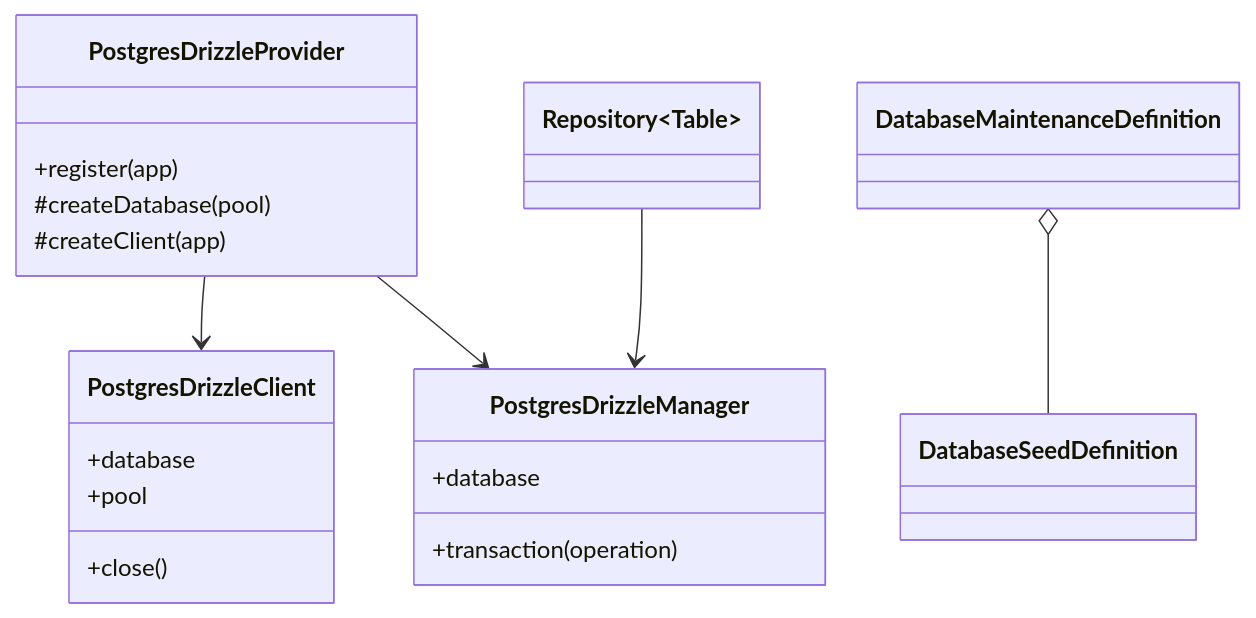
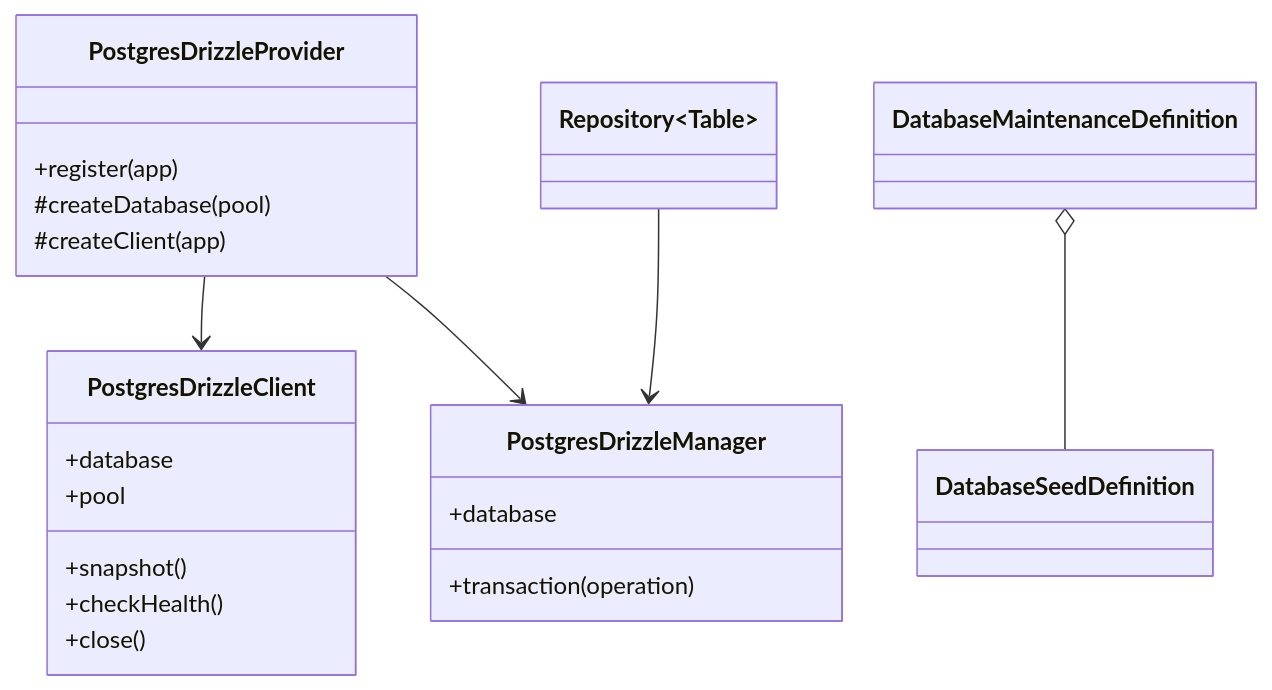
The first of 6 diagrams in docs/implementation/database.md (antarestupin/kestrel-framework), drawn with Mermaid before and after one commit. The commit also changed other lines of this file and 16 other files, not shown here.

````diff
--- a/docs/implementation/database.md
+++ b/docs/implementation/database.md
@@ -19,25 +19,27 @@
 ```mermaid
 classDiagram
     class PostgresDrizzleProvider {
         +register(app)
         #createDatabase(pool)
         #createClient(app)
     }
     class PostgresDrizzleClient {
         +database
         +pool
+        +snapshot()
+        +checkHealth()
         +close()
     }
     class PostgresDrizzleManager {
         +database
         +transaction(operation)
     }
     class Repository~Table~
     class DatabaseMaintenanceDefinition
     class DatabaseSeedDefinition
 
     PostgresDrizzleProvider --> PostgresDrizzleClient
     PostgresDrizzleProvider --> PostgresDrizzleManager
     Repository --> PostgresDrizzleManager
     DatabaseMaintenanceDefinition o-- DatabaseSeedDefinition
 ```
````
